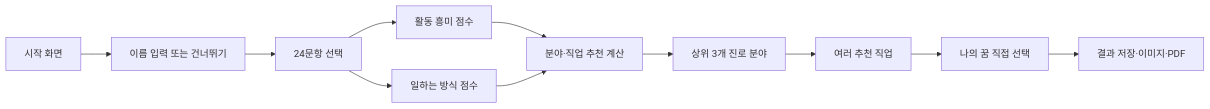
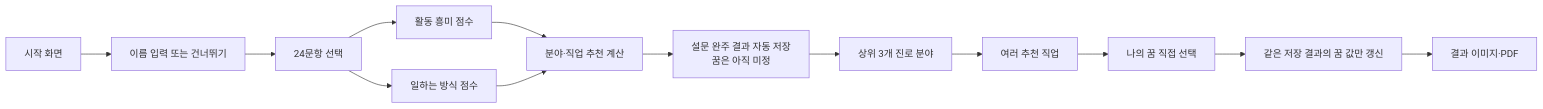
Before and after one commit to koreadeveloper/wekid: the diagram in README.md, drawn with Mermaid. The commit also changed other lines of this file and 4 other files, not shown here.

````diff
--- a/README.md
+++ b/README.md
@@ -101,13 +101,15 @@
 ```mermaid
 flowchart LR
     A["시작 화면"] --> B["이름 입력 또는 건너뛰기"]
     B --> C["24문항 선택"]
     C --> D["활동 흥미 점수"]
     C --> E["일하는 방식 점수"]
     D --> F["분야·직업 추천 계산"]
     E --> F
-    F --> G["상위 3개 진로 분야"]
-    G --> H["여러 추천 직업"]
-    H --> I["나의 꿈 직접 선택"]
-    I --> J["결과 저장·이미지·PDF"]
+    F --> G["설문 완주 결과 자동 저장<br/>꿈은 아직 미정"]
+    G --> H["상위 3개 진로 분야"]
+    H --> I["여러 추천 직업"]
+    I --> J["나의 꿈 직접 선택"]
+    J --> K["같은 저장 결과의 꿈 값만 갱신"]
+    K --> L["결과 이미지·PDF"]
 ```
````
